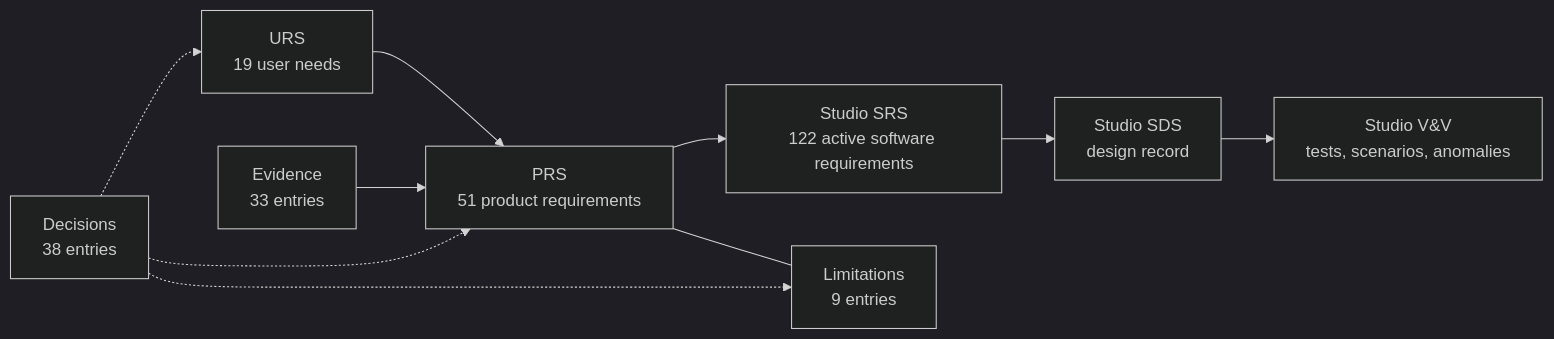
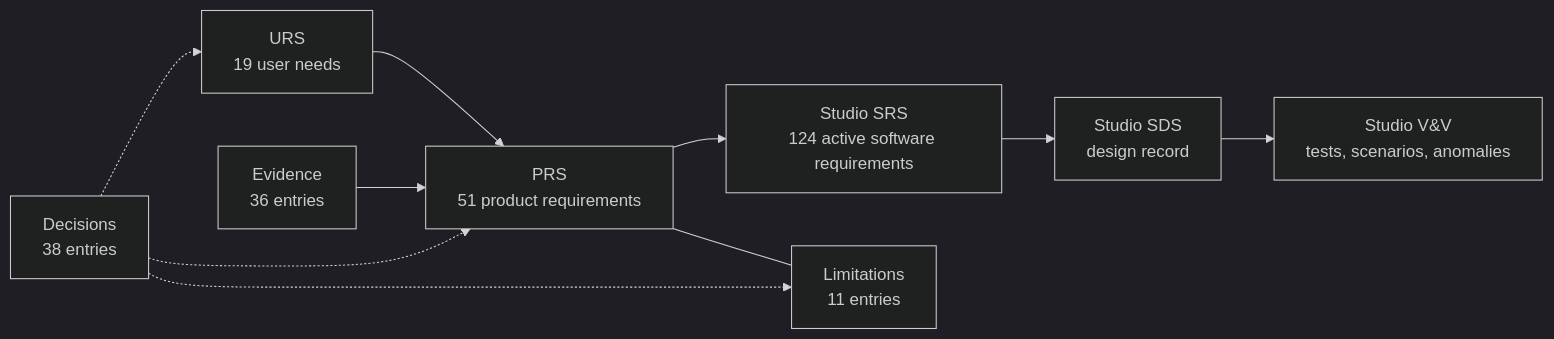
The diagram in docs/VV.Gcam.Overview.md (Jwlee-IL/G-CAM-Simulator), drawn with Mermaid (dark theme) before and after one commit. The commit also changed other lines of this file and 12 other files, not shown here.

````diff
--- a/docs/VV.Gcam.Overview.md
+++ b/docs/VV.Gcam.Overview.md
@@ -93,12 +93,12 @@
 ```mermaid
 flowchart LR
     URS["URS<br/>19 user needs"] --> PRS["PRS<br/>51 product requirements"]
-    PRS --> SRS["Studio SRS<br/>122 active software requirements"]
+    PRS --> SRS["Studio SRS<br/>124 active software requirements"]
     SRS --> SDS["Studio SDS<br/>design record"]
     SDS --> VVS["Studio V&V<br/>tests, scenarios, anomalies"]
-    EV["Evidence<br/>33 entries"] --> PRS
-    PRS --- LIM["Limitations<br/>9 entries"]
+    EV["Evidence<br/>36 entries"] --> PRS
+    PRS --- LIM["Limitations<br/>11 entries"]
     DEC["Decisions<br/>38 entries"] -.-> URS
     DEC -.-> PRS
     DEC -.-> LIM
 ```
````
